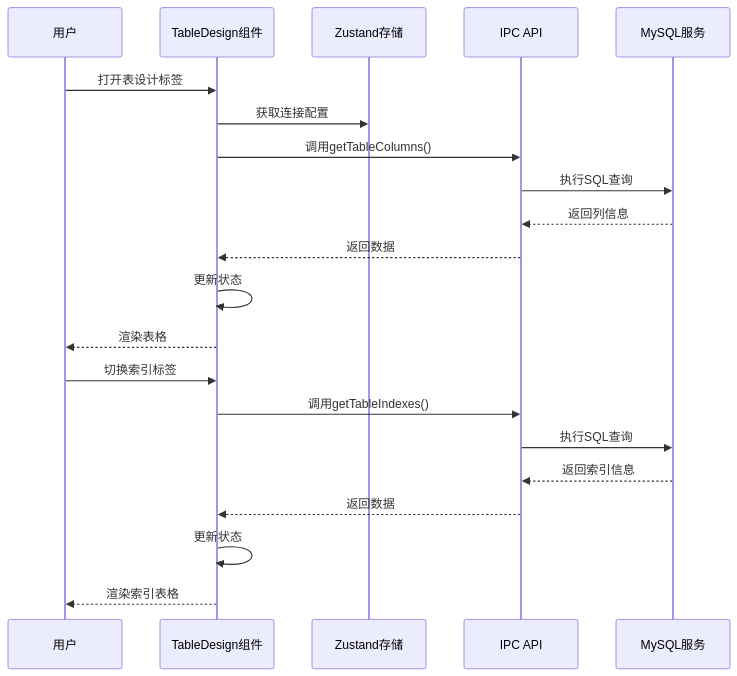
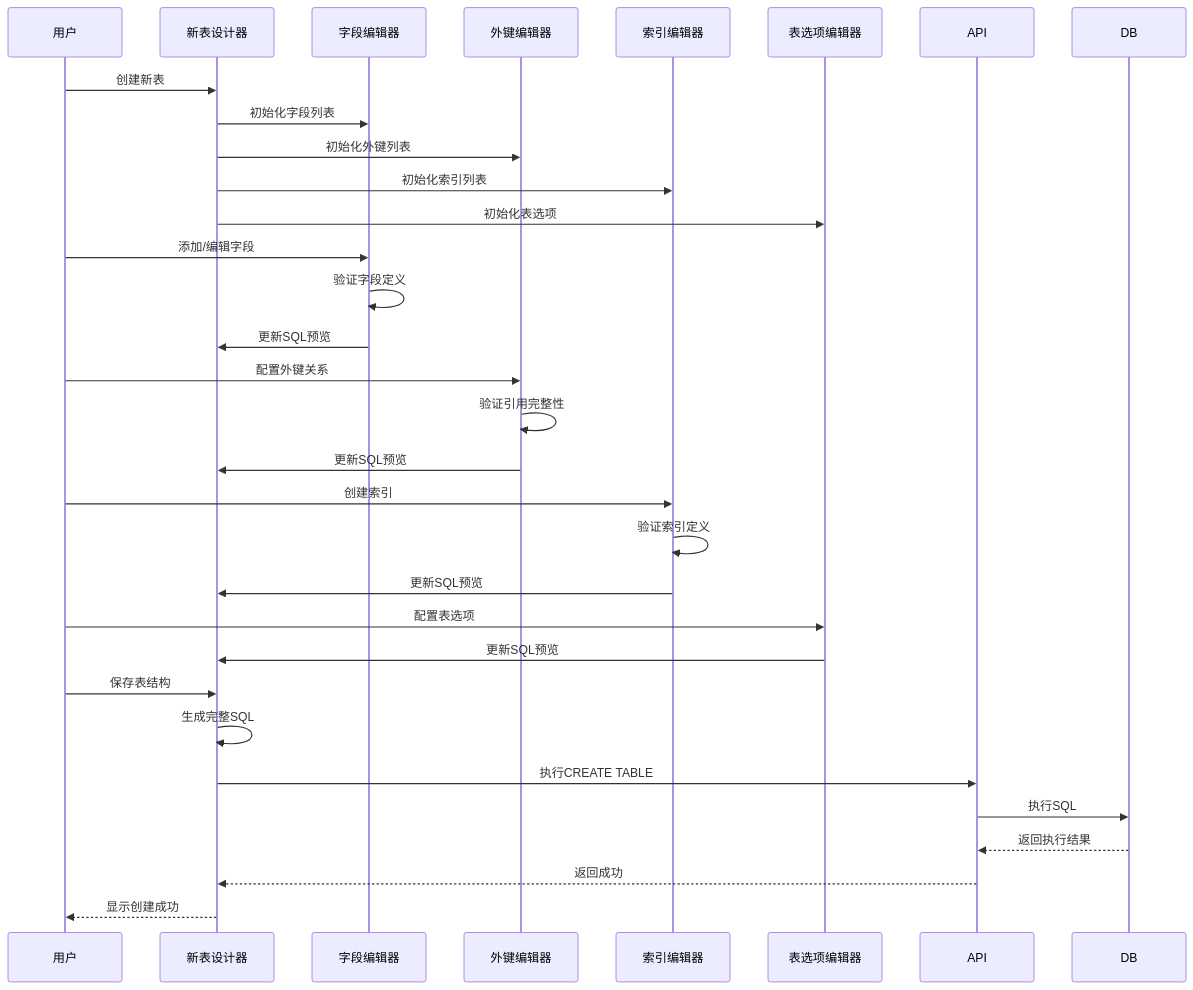
One commit to wwenbo2048/nexsql changed the third of 16 diagrams in .qoder/repowiki/zh/content/前端组件系统/表设计组件.md. Above: the diagram before and after it, drawn with Mermaid. The commit also changed other lines of this file and 19 other files, not shown here.

````diff
--- a/.qoder/repowiki/zh/content/前端组件系统/表设计组件.md
+++ b/.qoder/repowiki/zh/content/前端组件系统/表设计组件.md
@@ -140,23 +207,32 @@
 ```mermaid
 sequenceDiagram
 participant User as 用户
-participant TableDesign as TableDesign组件
-participant Store as Zustand存储
-participant API as IPC API
-participant DB as MySQL服务
-User->>TableDesign : 打开表设计标签
-TableDesign->>Store : 获取连接配置
-TableDesign->>API : 调用getTableColumns()
-API->>DB : 执行SQL查询
-DB-->>API : 返回列信息
-API-->>TableDesign : 返回数据
-TableDesign->>TableDesign : 更新状态
-TableDesign-->>User : 渲染表格
-User->>TableDesign : 切换索引标签
-TableDesign->>API : 调用getTableIndexes()
-API->>DB : 执行SQL查询
-DB-->>API : 返回索引信息
-API-->>TableDesign : 返回数据
-TableDesign->>TableDesign : 更新状态
-TableDesign-->>User : 渲染索引表格
+participant NewTableDesigner as 新表设计器
+participant ColumnsEditor as 字段编辑器
+participant ForeignKeysEditor as 外键编辑器
+participant IndexesEditor as 索引编辑器
+participant TableOptionsEditor as 表选项编辑器
+User->>NewTableDesigner : 创建新表
+NewTableDesigner->>ColumnsEditor : 初始化字段列表
+NewTableDesigner->>ForeignKeysEditor : 初始化外键列表
+NewTableDesigner->>IndexesEditor : 初始化索引列表
+NewTableDesigner->>TableOptionsEditor : 初始化表选项
+User->>ColumnsEditor : 添加/编辑字段
+ColumnsEditor->>ColumnsEditor : 验证字段定义
+ColumnsEditor->>NewTableDesigner : 更新SQL预览
+User->>ForeignKeysEditor : 配置外键关系
+ForeignKeysEditor->>ForeignKeysEditor : 验证引用完整性
+ForeignKeysEditor->>NewTableDesigner : 更新SQL预览
+User->>IndexesEditor : 创建索引
+IndexesEditor->>IndexesEditor : 验证索引定义
+IndexesEditor->>NewTableDesigner : 更新SQL预览
+User->>TableOptionsEditor : 配置表选项
+TableOptionsEditor->>NewTableDesigner : 更新SQL预览
+User->>NewTableDesigner : 保存表结构
+NewTableDesigner->>NewTableDesigner : 生成完整SQL
+NewTableDesigner->>API : 执行CREATE TABLE
+API->>DB : 执行SQL
+DB-->>API : 返回执行结果
+API-->>NewTableDesigner : 返回成功
+NewTableDesigner-->>User : 显示创建成功
 ```
````
